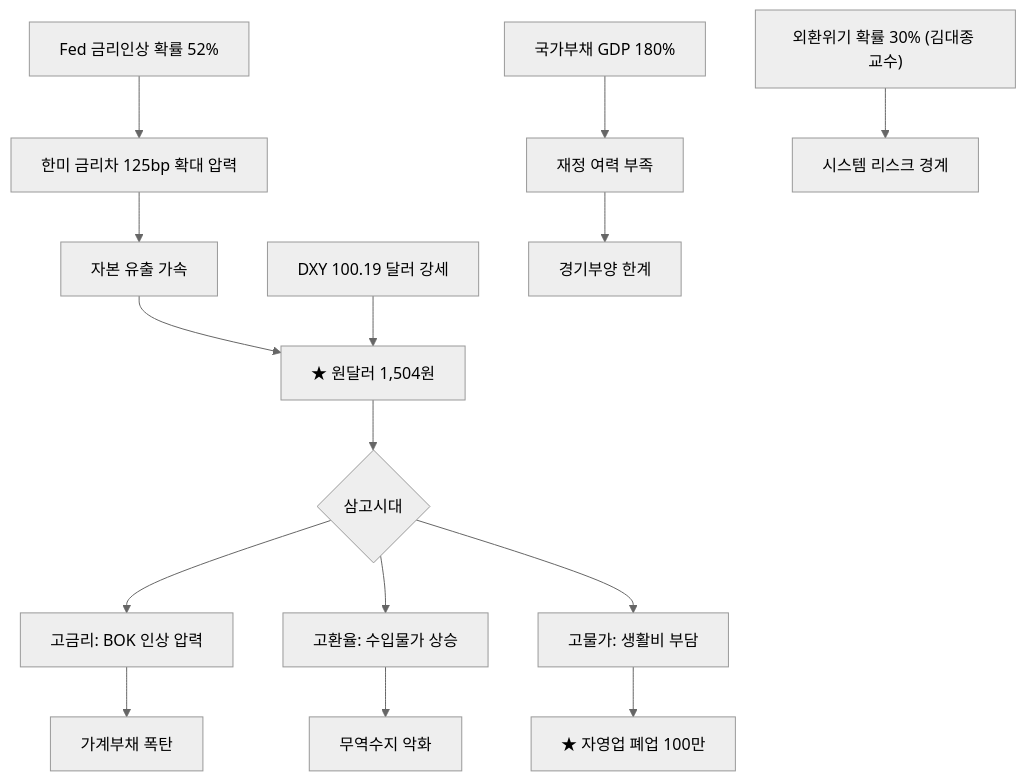
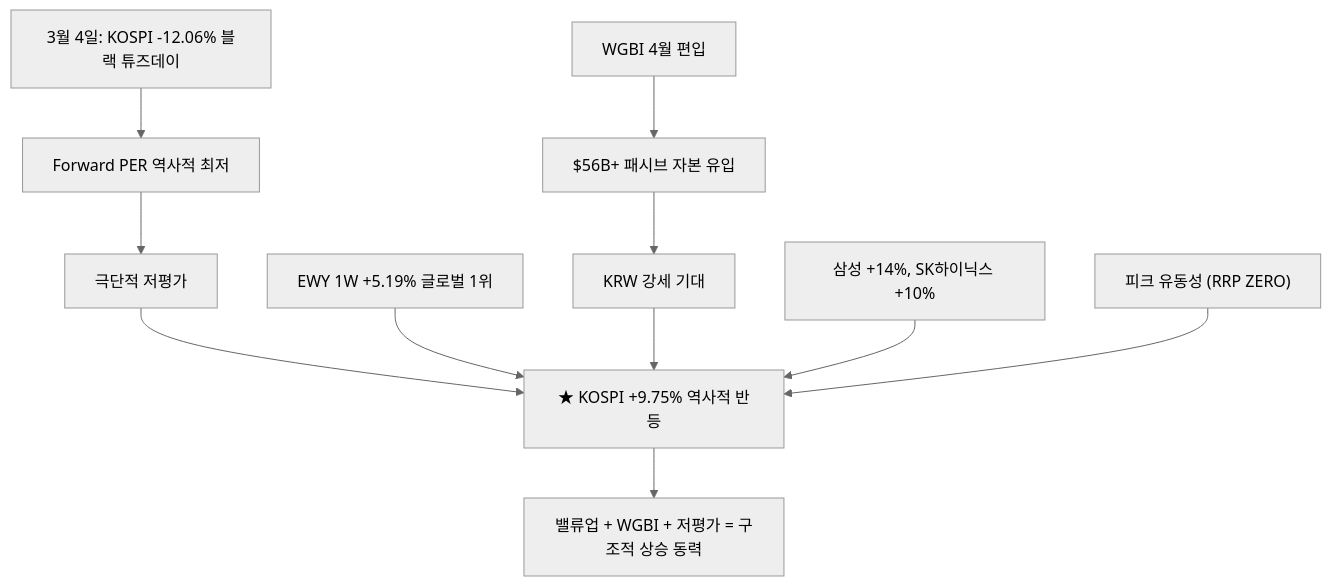
One commit to dss99911/dss99911.github.io changed the sixth of 9 diagrams in _posts/knowledge/invest/2026-01-12-macroeconomic-policy-sector-outlook-2026.md. Above: the diagram before and after it, drawn with Mermaid (neutral theme). The commit also changed other lines of this file and 3 other files, not shown here.

````diff
--- a/_posts/knowledge/invest/2026-01-12-macroeconomic-policy-sector-outlook-2026.md
+++ b/_posts/knowledge/invest/2026-01-12-macroeconomic-policy-sector-outlook-2026.md
@@ -271,17 +218,13 @@
 ```mermaid
 graph TD
-    A["Fed 금리인상 확률 52%"] --> B["한미 금리차 125bp 확대 압력"]
-    B --> C["자본 유출 가속"]
-    C --> D["★ 원달러 1,504원"]
-    E["DXY 100.19 달러 강세"] --> D
-    D --> F{"삼고시대"}
-    F --> G["고금리: BOK 인상 압력"]
-    F --> H["고환율: 수입물가 상승"]
-    F --> I["고물가: 생활비 부담"]
-    G --> J["가계부채 폭탄"]
-    H --> K["무역수지 악화"]
-    I --> L["★ 자영업 폐업 100만"]
-    M["국가부채 GDP 180%"] --> N["재정 여력 부족"]
-    N --> O["경기부양 한계"]
-    P["외환위기 확률 30% #40;김대종 교수#41;"] --> Q["시스템 리스크 경계"]
+    A["3월 4일: KOSPI -12.06% 블랙 튜즈데이"] --> B["Forward PER 역사적 최저"]
+    B --> C["극단적 저평가"]
+    C --> D["★ KOSPI +9.75% 역사적 반등"]
+    E["EWY 1W +5.19% 글로벌 1위"] --> D
+    F["WGBI 4월 편입"] --> G["$56B+ 패시브 자본 유입"]
+    G --> H["KRW 강세 기대"]
+    H --> D
+    I["삼성 +14%, SK하이닉스 +10%"] --> D
+    J["피크 유동성 #40;RRP ZERO#41;"] --> D
+    D --> K["밸류업 + WGBI + 저평가 = 구조적 상승 동력"]
 ```
````
